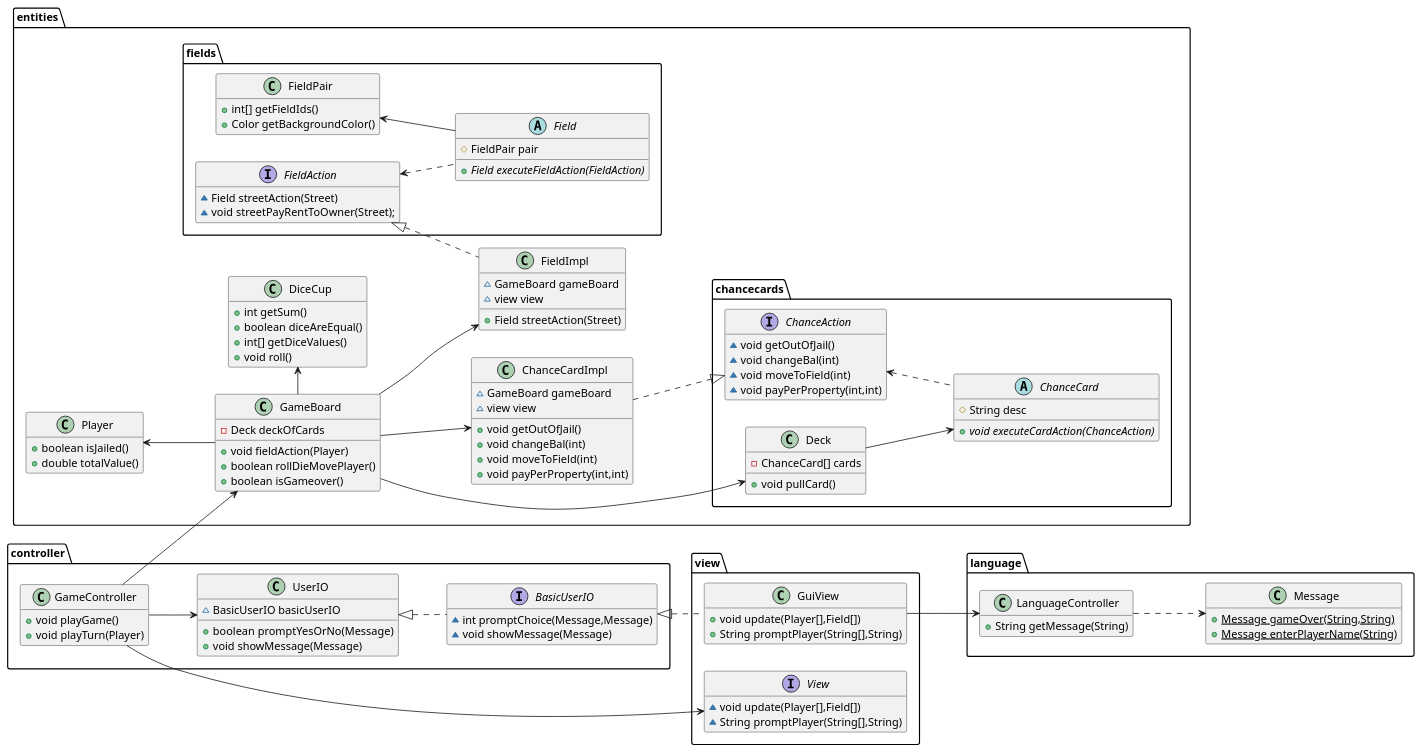
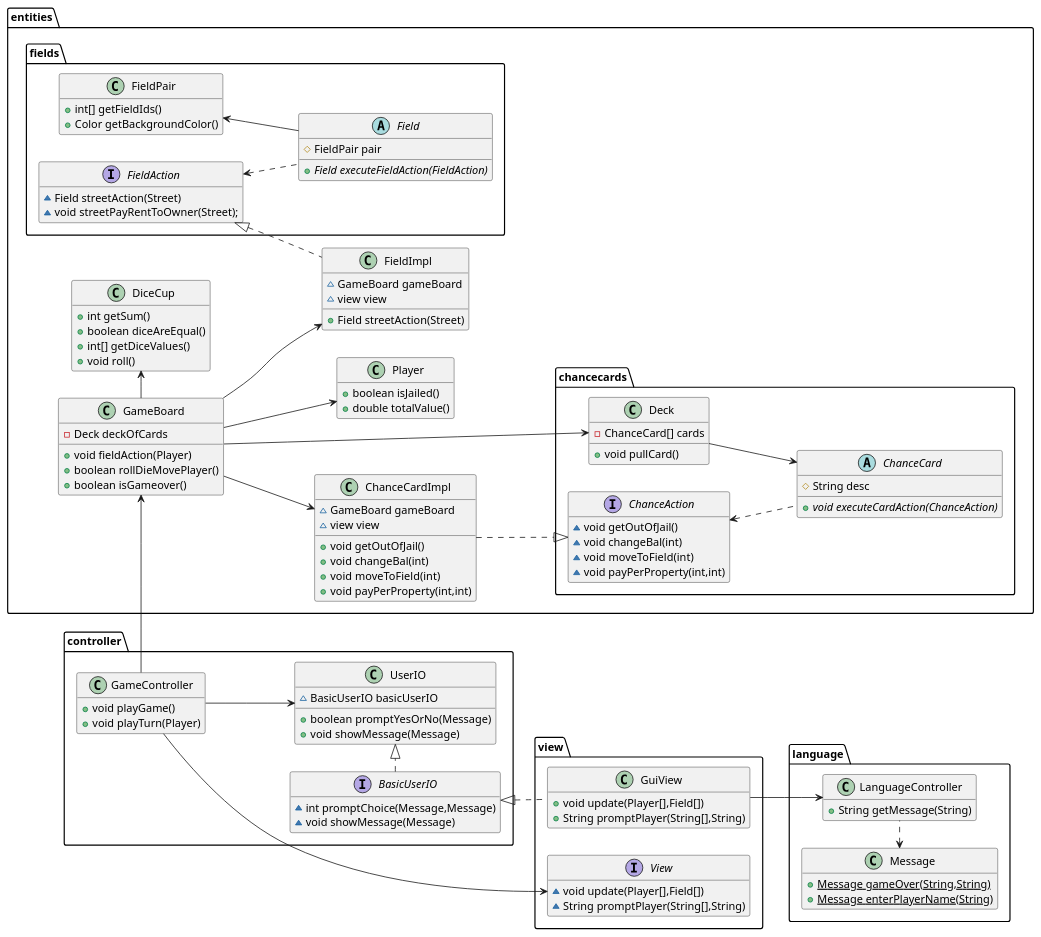
The diagram in diagrams/ClassDiagram2.puml (xdTobs/_22_del3), drawn with PlantUML before and after one commit. The commit also changed 2 other files, not shown here.

Commit message:
cleaner class diagram

```diff
--- a/diagrams/ClassDiagram2.puml
+++ b/diagrams/ClassDiagram2.puml
@@ -1,135 +1,135 @@
 @startuml
 hide empty members
 'skinparam linetype ortho
 left to right direction
 
 package entities{
     class ChanceCardImpl {
         ~ GameBoard gameBoard
         ~ view view
         + void getOutOfJail()
         + void changeBal(int)
         + void moveToField(int)
         + void payPerProperty(int,int)
     }
     class GameBoard {
         - Deck deckOfCards
         + void fieldAction(Player)
         + boolean rollDieMovePlayer()
         + boolean isGameover()
     }
 
     class Player {
         + boolean isJailed()
         + double totalValue()
     }
     class DiceCup {
         + int getSum()
         + boolean diceAreEqual()
         + int[] getDiceValues()
         + void roll()
     }
     class FieldImpl {
 	~ GameBoard gameBoard
 	~ view view
 	+ Field streetAction(Street)
     }
 
     package chancecards {
         class Deck {
             -ChanceCard[] cards
             + void pullCard()
         }
         interface ChanceAction {
             ~ void getOutOfJail()
             ~ void changeBal(int)
             ~ void moveToField(int)
             ~ void payPerProperty(int,int)
         }
         abstract class ChanceCard {
             # String desc
             + {abstract}void executeCardAction(ChanceAction)
         }
     }
     package fields {
          abstract class Field {
             # FieldPair pair
             + {abstract}Field executeFieldAction(FieldAction)
         }
         class FieldPair {
             + int[] getFieldIds()
             + Color getBackgroundColor()
         }
 
         interface FieldAction {
             ~ Field streetAction(Street)
             ~ void streetPayRentToOwner(Street);
         }
     }
 }
 
 
 package language{
     class LanguageController {
         + String getMessage(String)
     }
     class Message {
     + {static} Message gameOver(String,String)
     + {static} Message enterPlayerName(String)
     }
 }
 
 package controller {
     class UserIO {
         ~ BasicUserIO basicUserIO
         + boolean promptYesOrNo(Message)
         + void showMessage(Message)
     }
 
     interface BasicUserIO {
         ~ int promptChoice(Message,Message)
         ~ void showMessage(Message)
     }
 
     class GameController {
         + void playGame()
         + void playTurn(Player)
     }
 }
 package view{
     class GuiView {
         + void update(Player[],Field[])
         + String promptPlayer(String[],String)
     }
 
     interface View {
         ~ void update(Player[],Field[])
         ~ String promptPlayer(String[],String)
     }
 }
 
 
-GameController --> GameBoard
+GameController -> GameBoard
 
 
 GameBoard --> ChanceCardImpl
 GameBoard --> FieldImpl
 
-GameBoard -up-> Player
+GameBoard --> Player
 GameBoard -right-> DiceCup
 GameBoard --> Deck
 GuiView --> LanguageController
-LanguageController ..> Message
+LanguageController .left.> Message
 ChanceCardImpl ..|>ChanceAction
 FieldAction <|.. FieldImpl
 'View <|..GuiView
 BasicUserIO <|..GuiView
-UserIO <|..BasicUserIO
+UserIO <|.left.BasicUserIO
 GameController -left->View
 FieldAction <..Field
 FieldPair <--Field
 Deck  -->ChanceCard
 GameController -->UserIO
 ChanceAction <..ChanceCard
 
 @enduml
```
